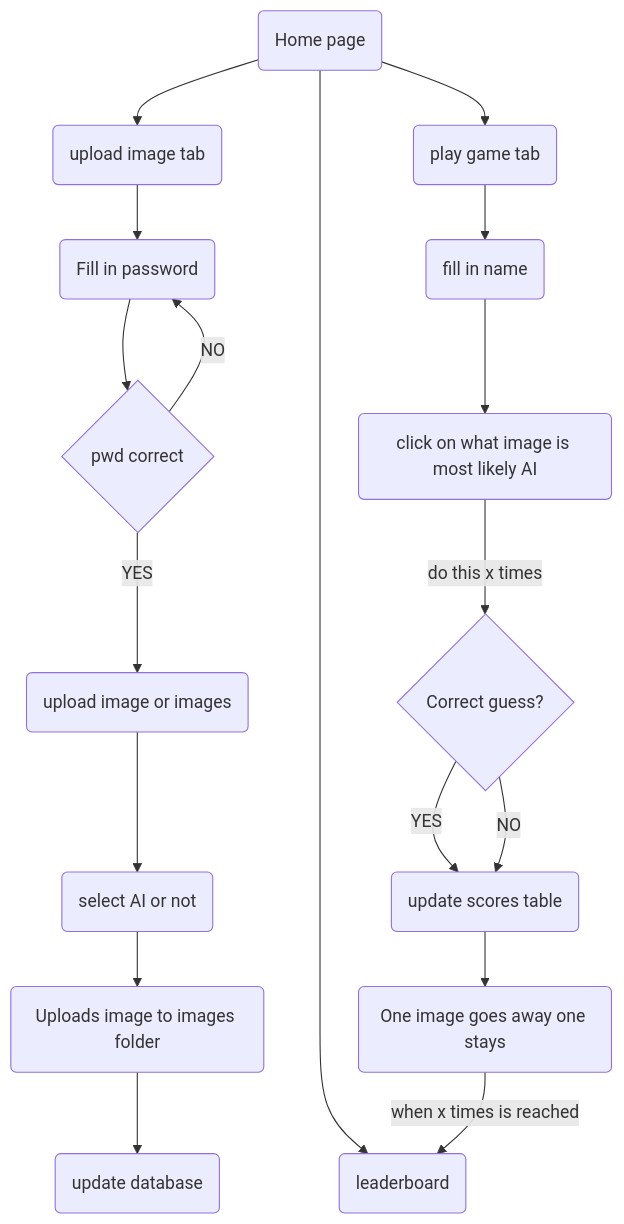
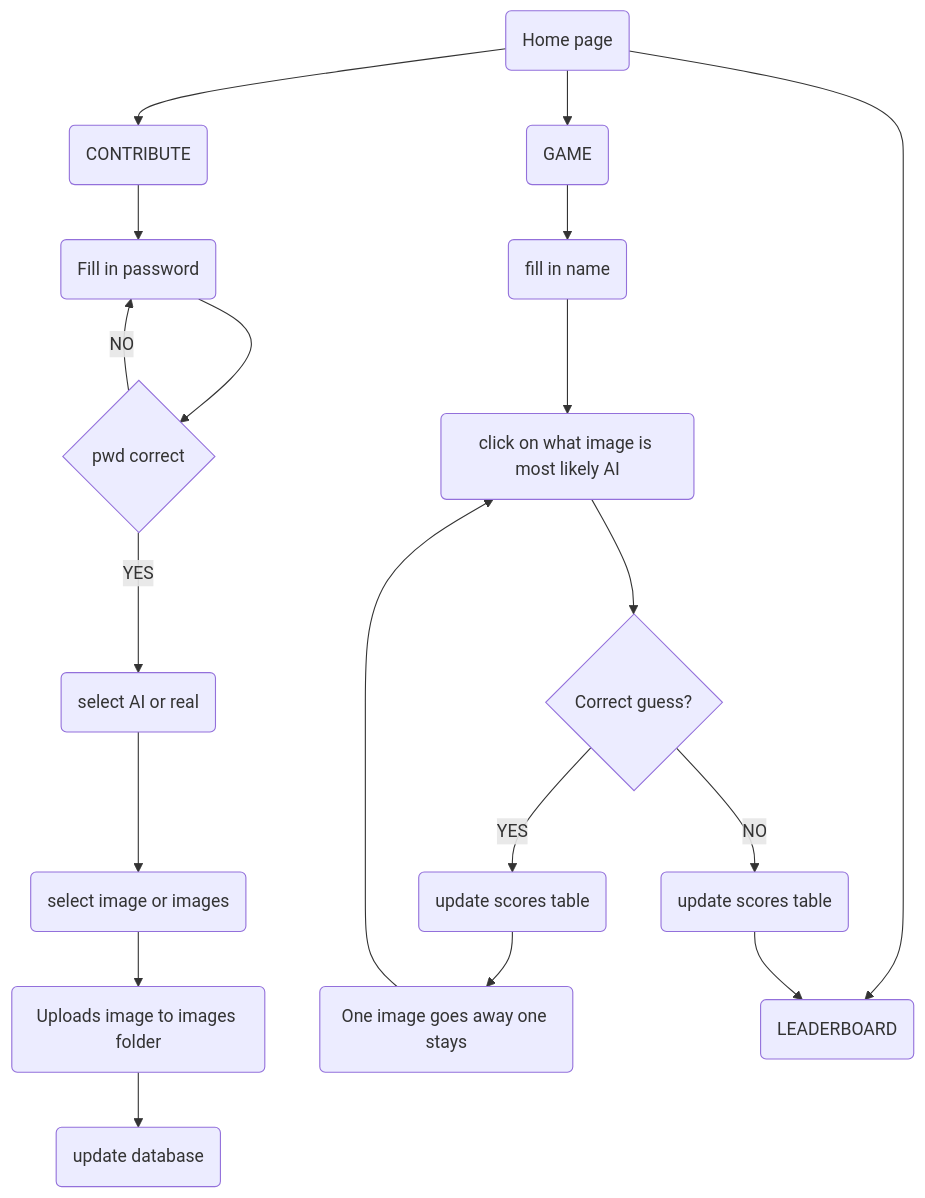
One commit to bear-revels/tinder_streamlit changed the diagram in README.md. Above: the diagram before and after it, drawn with Mermaid. The commit also changed other lines of this file, not shown here.

Commit message:
update readme (flow chart and tree)

````diff
--- a/README.md
+++ b/README.md
@@ -37,41 +56,43 @@
 ```mermaid
 
 flowchart TD
     X(Home page)
-    A(upload image tab)
+    A(CONTRIBUTE)
     B(Fill in password)
     L{pwd correct}
-    C(upload image or images)
-    D(select AI or not)
+    C(select image or images)
+    D(select AI or real)
     E(Uploads image to images folder)
     F(update database)
 
-    G(play game tab)
+    G(GAME)
     H(fill in name)
     I(click on what image is most likely AI)
     J{Correct guess?}
     K(One image goes away one stays)
     N(update scores table)
-    M(leaderboard)
+    O(update scores table)
+    M(LEADERBOARD)
 
     X --> A
     X --> G
     X --> M
 
     A --> B
     B --> L
-    L -- YES --> C
+    L -- YES --> D
     L -- NO --> B
-    C --> D
-    D --> E
+    D --> C
+    C --> E
     E --> F
 
     G --> H
     H --> I
-    I --do this x times --> J
+    I --> J
     J --YES --> N
-    J --NO --> N
+    J --NO --> O
     N --> K
-    K --when x times is reached --> M
+    K --> I
+    O --> M
 
 ```
````
